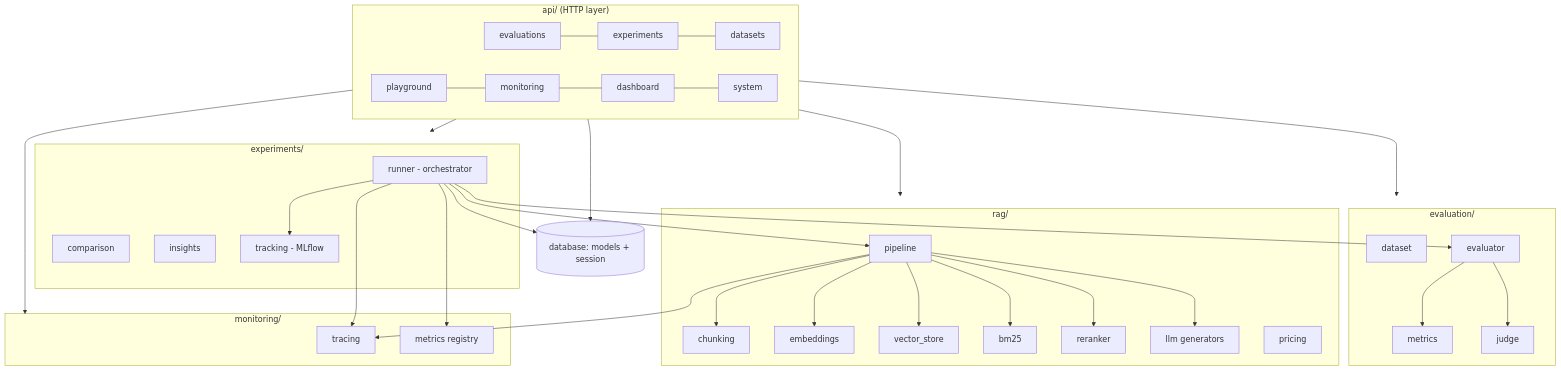
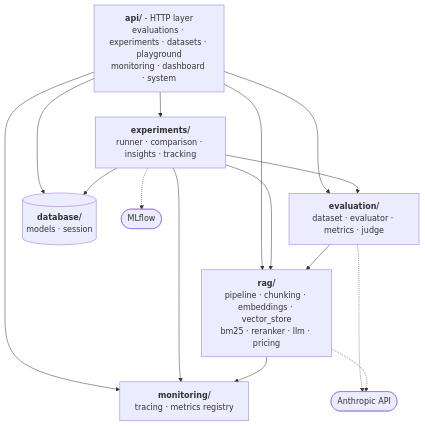
The second of 8 diagrams in docs/technical-design.md (SuriyaKannimuthu/raglens-ai), drawn with Mermaid before and after one commit. The commit also changed other lines of this file and 3 other files, not shown here.

````diff
--- a/docs/technical-design.md
+++ b/docs/technical-design.md
@@ -164,45 +166,26 @@
 ```mermaid
 flowchart TB
-    subgraph API["api/ (HTTP layer)"]
-        ev[evaluations] --- ex[experiments] --- ds[datasets]
-        pg[playground] --- mo[monitoring] --- da[dashboard] --- sy[system]
-    end
-    subgraph EXP["experiments/"]
-        runner[runner - orchestrator]
-        cmp[comparison]
-        ins[insights]
-        trk[tracking - MLflow]
-    end
-    subgraph RAG["rag/"]
-        pipe[pipeline] --> chunk[chunking]
-        pipe --> emb[embeddings]
-        pipe --> vs[vector_store]
-        pipe --> bm[bm25]
-        pipe --> rr[reranker]
-        pipe --> llm[llm generators]
-        price[pricing]
-    end
-    subgraph EVAL["evaluation/"]
-        dset[dataset]
-        evaluator --> metrics
-        evaluator --> judge
-    end
-    subgraph MON["monitoring/"]
-        tracing
-        reg[metrics registry]
-    end
-    db[("database: models + session")]
+    api["<b>api/</b> - HTTP layer<br/>evaluations · experiments · datasets · playground<br/>monitoring · dashboard · system"]
+    exp["<b>experiments/</b><br/>runner · comparison · insights · tracking"]
+    eval["<b>evaluation/</b><br/>dataset · evaluator · metrics · judge"]
+    rag["<b>rag/</b><br/>pipeline · chunking · embeddings · vector_store<br/>bm25 · reranker · llm · pricing"]
+    mon["<b>monitoring/</b><br/>tracing · metrics registry"]
+    db[("<b>database/</b><br/>models · session")]
+    mlflow(["MLflow"])
+    claude(["Anthropic API"])
 
-    API --> EXP
-    API --> RAG
-    API --> EVAL
-    API --> MON
-    API --> db
-    runner --> pipe
-    runner --> evaluator
-    runner --> trk
-    runner --> db
-    runner --> tracing
-    runner --> reg
-    pipe --> tracing
+    api --> exp
+    api --> eval
+    api --> rag
+    api --> mon
+    api --> db
+    exp --> eval
+    exp --> rag
+    exp --> mon
+    exp --> db
+    exp -.-> mlflow
+    eval --> rag
+    eval -.-> claude
+    rag --> mon
+    rag -.-> claude
 ```
````
